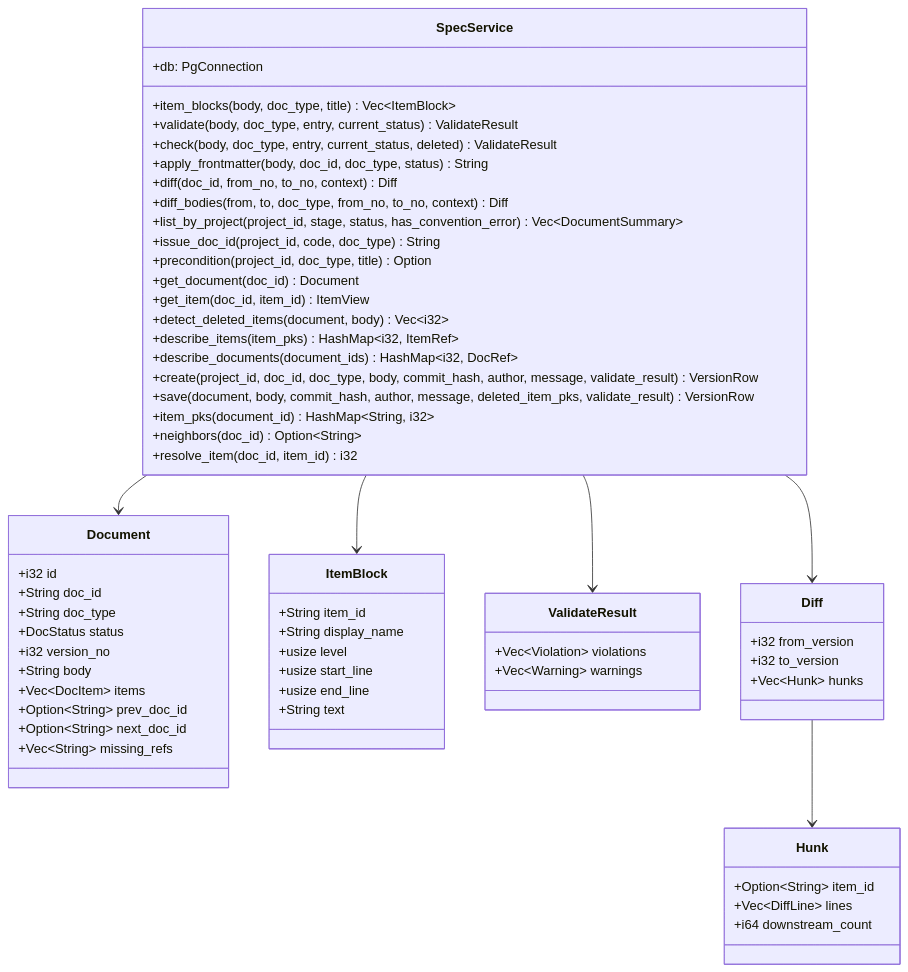
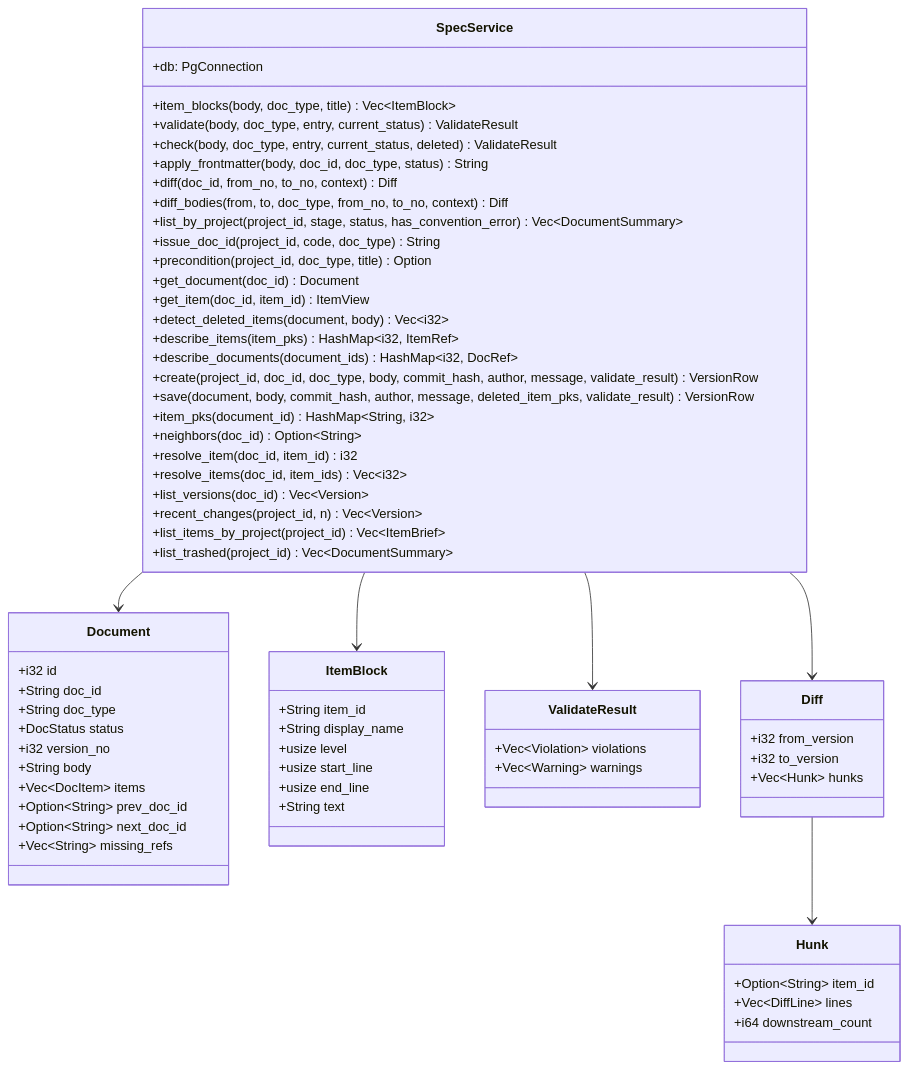
One commit to HoyoungParkme/syncdoc changed the second of 6 diagrams in docs/specs/06-DOM/SYNC-DOM-004.md. Above: the diagram before and after it, drawn with Mermaid. The commit also changed other lines of this file and 31 other files, not shown here.

````diff
--- a/docs/specs/06-DOM/SYNC-DOM-004.md
+++ b/docs/specs/06-DOM/SYNC-DOM-004.md
@@ -357,64 +361,69 @@
 ```mermaid
 classDiagram
     class SpecService {
         +db: PgConnection
         +item_blocks(body, doc_type, title) Vec~ItemBlock~
         +validate(body, doc_type, entry, current_status) ValidateResult
         +check(body, doc_type, entry, current_status, deleted) ValidateResult
         +apply_frontmatter(body, doc_id, doc_type, status) String
         +diff(doc_id, from_no, to_no, context) Diff
         +diff_bodies(from, to, doc_type, from_no, to_no, context) Diff
         +list_by_project(project_id, stage, status, has_convention_error) Vec~DocumentSummary~
         +issue_doc_id(project_id, code, doc_type) String
         +precondition(project_id, doc_type, title) Option
         +get_document(doc_id) Document
         +get_item(doc_id, item_id) ItemView
         +detect_deleted_items(document, body) Vec~i32~
         +describe_items(item_pks) HashMap~i32, ItemRef~
         +describe_documents(document_ids) HashMap~i32, DocRef~
         +create(project_id, doc_id, doc_type, body, commit_hash, author, message, validate_result) VersionRow
         +save(document, body, commit_hash, author, message, deleted_item_pks, validate_result) VersionRow
         +item_pks(document_id) HashMap~String, i32~
         +neighbors(doc_id) Option~String~
         +resolve_item(doc_id, item_id) i32
+        +resolve_items(doc_id, item_ids) Vec~i32~
+        +list_versions(doc_id) Vec~Version~
+        +recent_changes(project_id, n) Vec~Version~
+        +list_items_by_project(project_id) Vec~ItemBrief~
+        +list_trashed(project_id) Vec~DocumentSummary~
     }
     class Document {
         +i32 id
         +String doc_id
         +String doc_type
         +DocStatus status
         +i32 version_no
         +String body
         +Vec~DocItem~ items
         +Option~String~ prev_doc_id
         +Option~String~ next_doc_id
         +Vec~String~ missing_refs
     }
     class ItemBlock {
         +String item_id
         +String display_name
         +usize level
         +usize start_line
         +usize end_line
         +String text
     }
     class ValidateResult {
         +Vec~Violation~ violations
         +Vec~Warning~ warnings
     }
     class Diff {
         +i32 from_version
         +i32 to_version
         +Vec~Hunk~ hunks
     }
     class Hunk {
         +Option~String~ item_id
         +Vec~DiffLine~ lines
         +i64 downstream_count
     }
     SpecService --> ItemBlock
     SpecService --> ValidateResult
     SpecService --> Diff
     SpecService --> Document
     Diff --> Hunk
 ```
````
